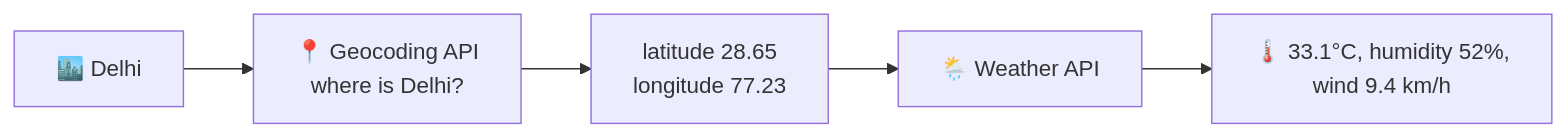
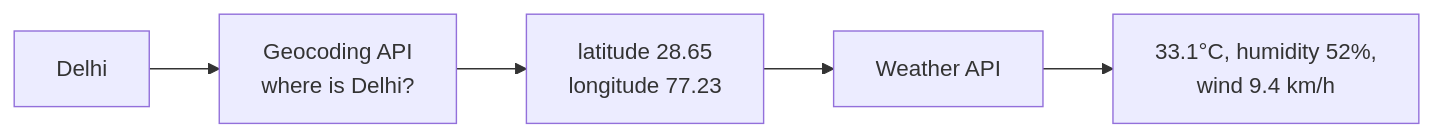
One commit to anandgaur22/ai-agent-python-demo changed diagram 17 of 36 in README.md. Above: the diagram before and after it, drawn with Mermaid. The commit also changed other lines of this file, not shown here.

````diff
--- a/README.md
+++ b/README.md
@@ -1157,4 +1155,4 @@
 ```mermaid
 flowchart LR
-  C["🏙️ Delhi"] --> G["📍 Geocoding API<br/>where is Delhi?"] --> LL["latitude 28.65<br/>longitude 77.23"] --> W["🌦️ Weather API"] --> R["🌡️ 33.1°C, humidity 52%,<br/>wind 9.4 km/h"]
+  C["Delhi"] --> G["Geocoding API<br/>where is Delhi?"] --> LL["latitude 28.65<br/>longitude 77.23"] --> W["Weather API"] --> R["33.1°C, humidity 52%,<br/>wind 9.4 km/h"]
 ```
````
